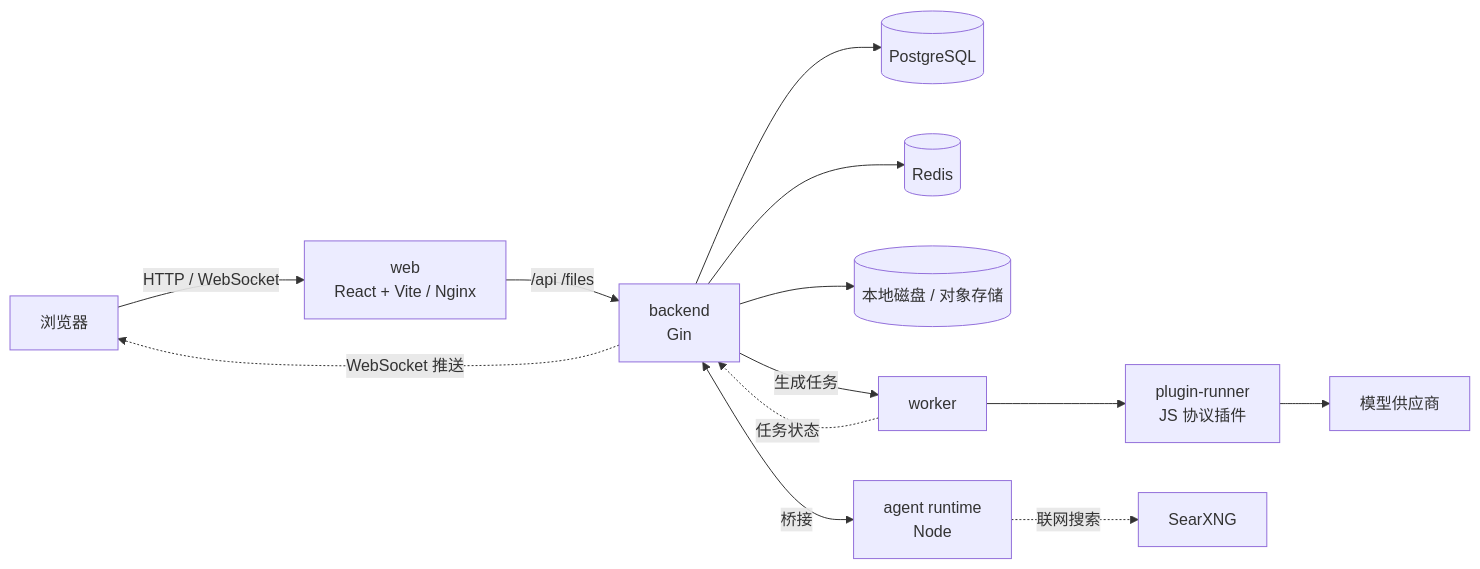
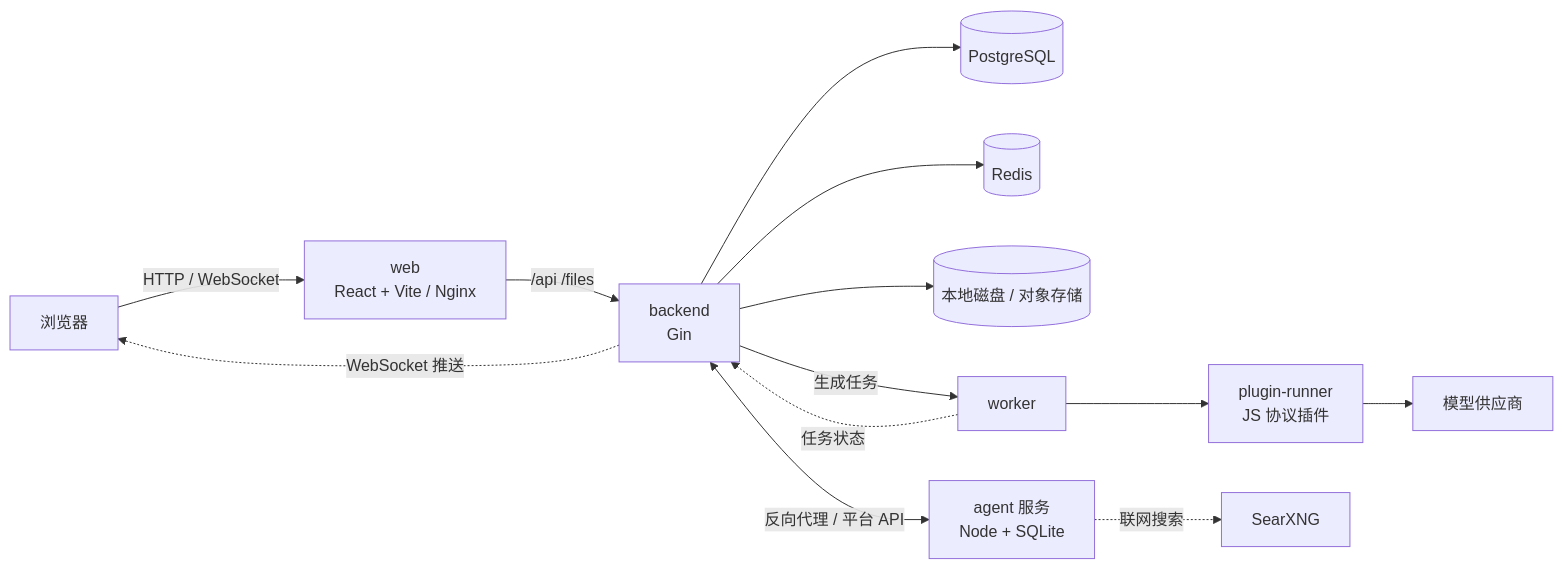
The diagram in docs/development.md (zaylora/video-canvas), drawn with Mermaid before and after one commit. The commit also changed other lines of this file and 113 other files, not shown here.

````diff
--- a/docs/development.md
+++ b/docs/development.md
@@ -47,15 +47,15 @@
 ```mermaid
 flowchart LR
   B[浏览器] -->|HTTP / WebSocket| W[web<br/>React + Vite / Nginx]
   W -->|/api /files| S[backend<br/>Gin]
   S --> P[(PostgreSQL)]
   S --> R[(Redis)]
   S --> O[(本地磁盘 / 对象存储)]
   S -->|生成任务| K[worker]
   K --> PR[plugin-runner<br/>JS 协议插件]
   PR --> M[模型供应商]
-  S <-->|桥接| A[agent runtime<br/>Node]
+  S <-->|反向代理 / 平台 API| A[agent 服务<br/>Node + SQLite]
   A -. 联网搜索 .-> SX[SearXNG]
   K -. 任务状态 .-> S
   S -. WebSocket 推送 .-> B
 ```
````
